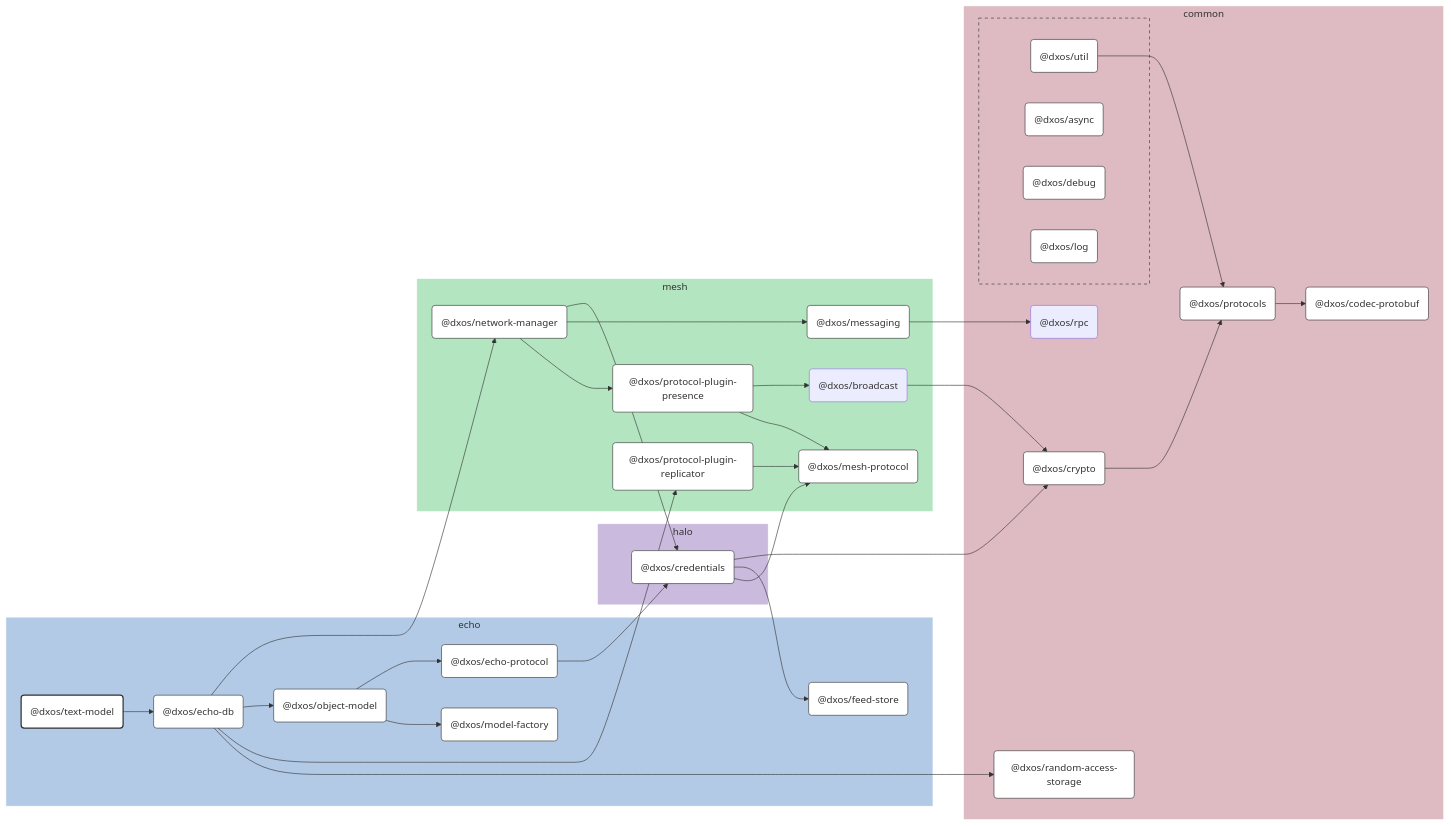
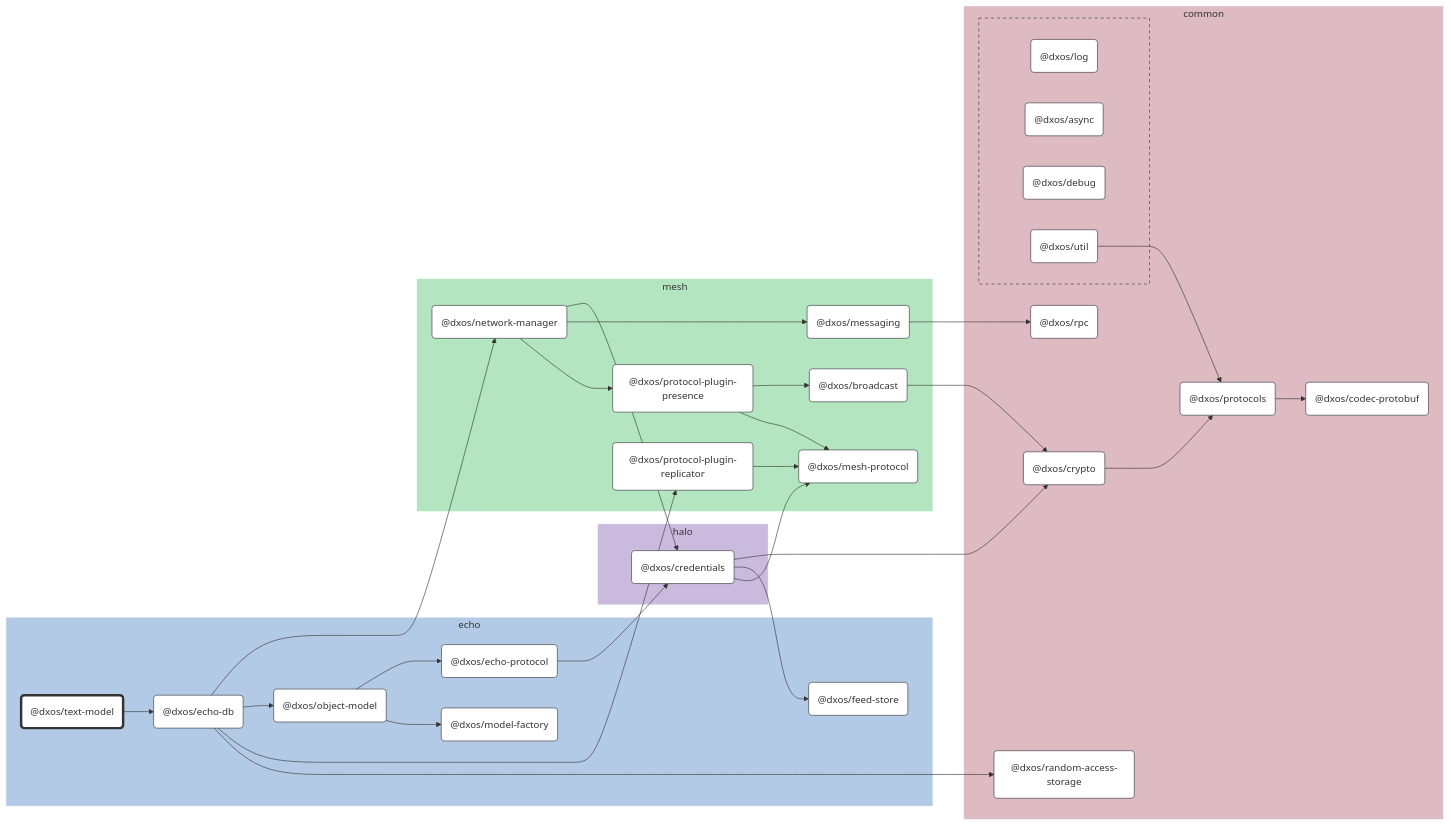
The diagram in packages/echo/text-model/docs/README.md (dxos/dxos), drawn with Mermaid before and after one commit. The commit also changed other lines of this file and 104 other files, not shown here.

````diff
--- a/packages/echo/text-model/docs/README.md
+++ b/packages/echo/text-model/docs/README.md
@@ -9,124 +9,98 @@
 
 flowchart LR
 
-%% Links
-dxos/broadcast --> dxos/crypto;
-dxos/credentials --> dxos/crypto;
-dxos/credentials --> dxos/feed-store;
-dxos/credentials --> dxos/mesh-protocol;
-dxos/crypto --> dxos/protocols;
-dxos/echo-db --> dxos/network-manager;
-dxos/echo-db --> dxos/object-model;
-dxos/echo-db --> dxos/protocol-plugin-replicator;
-dxos/echo-db --> dxos/random-access-storage;
-dxos/echo-protocol --> dxos/credentials;
-dxos/messaging --> dxos/rpc;
-dxos/network-manager --> dxos/credentials;
-dxos/network-manager --> dxos/messaging;
-dxos/network-manager --> dxos/protocol-plugin-presence;
-dxos/object-model --> dxos/echo-protocol;
-dxos/object-model --> dxos/model-factory;
-dxos/protocol-plugin-presence --> dxos/broadcast;
-dxos/protocol-plugin-presence --> dxos/mesh-protocol;
-dxos/protocol-plugin-replicator --> dxos/mesh-protocol;
-dxos/protocols --> dxos/codec-protobuf;
-dxos/text-model --> dxos/echo-db;
-dxos/util --> dxos/protocols;
+%% Classes
+classDef def fill:#fff,stroke:#333,stroke-width:1px
+classDef root fill:#fff,stroke:#333,stroke-width:4px
 
-%% Sections
-subgraph echo
-  style echo fill:#b3cae6,stroke:#fff;
+%% Nodes
 
-  dxos/echo-db("@dxos/echo-db")
-  dxos/echo-protocol("@dxos/echo-protocol")
-  dxos/feed-store("@dxos/feed-store")
-  dxos/model-factory("@dxos/model-factory")
-  dxos/object-model("@dxos/object-model")
-  dxos/text-model("@dxos/text-model")
+subgraph echo [echo]
+  style echo fill:#b3cae6,stroke:#fff
+  dxos/text-model("@dxos/text-model"):::root
+  click dxos/text-model "dxos/dxos/tree/main/packages/echo/text-model/docs"
+  dxos/echo-db("@dxos/echo-db"):::def
+  click dxos/echo-db "dxos/dxos/tree/main/packages/echo/echo-db/docs"
+  dxos/feed-store("@dxos/feed-store"):::def
+  click dxos/feed-store "dxos/dxos/tree/main/packages/echo/feed-store/docs"
+  dxos/echo-protocol("@dxos/echo-protocol"):::def
+  click dxos/echo-protocol "dxos/dxos/tree/main/packages/echo/echo-protocol/docs"
+  dxos/model-factory("@dxos/model-factory"):::def
+  click dxos/model-factory "dxos/dxos/tree/main/packages/echo/model-factory/docs"
+  dxos/object-model("@dxos/object-model"):::def
+  click dxos/object-model "dxos/dxos/tree/main/packages/echo/object-model/docs"
 end
 
-subgraph common
-  style common fill:#debac2,stroke:#fff;
-
-  dxos/codec-protobuf("@dxos/codec-protobuf")
-  dxos/crypto("@dxos/crypto")
-  dxos/protocols("@dxos/protocols")
-  dxos/random-access-storage("@dxos/random-access-storage")
-  dxos/rpc("@dxos/rpc")
+subgraph common [common]
+  style common fill:#debac2,stroke:#fff
+  dxos/codec-protobuf("@dxos/codec-protobuf"):::def
+  click dxos/codec-protobuf "dxos/dxos/tree/main/packages/common/codec-protobuf/docs"
+  dxos/crypto("@dxos/crypto"):::def
+  click dxos/crypto "dxos/dxos/tree/main/packages/common/crypto/docs"
+  dxos/protocols("@dxos/protocols"):::def
+  click dxos/protocols "dxos/dxos/tree/main/packages/common/protocols/docs"
+  dxos/rpc("@dxos/rpc"):::def
+  click dxos/rpc "dxos/dxos/tree/main/packages/common/rpc/docs"
+  dxos/random-access-storage("@dxos/random-access-storage"):::def
+  click dxos/random-access-storage "dxos/dxos/tree/main/packages/common/random-access-storage/docs"
 
   subgraph common-excluded [ ]
-    style common-excluded fill:#debac2,stroke:#333,stroke-dasharray:5 5;
-
-    dxos/async("@dxos/async")
-    dxos/debug("@dxos/debug")
-    dxos/log("@dxos/log")
-    dxos/util("@dxos/util")
+    style common-excluded fill:#debac2,stroke:#333,stroke-dasharray:5 5
+    dxos/log("@dxos/log"):::def
+    click dxos/log "dxos/dxos/tree/main/packages/common/log/docs"
+    dxos/async("@dxos/async"):::def
+    click dxos/async "dxos/dxos/tree/main/packages/common/async/docs"
+    dxos/debug("@dxos/debug"):::def
+    click dxos/debug "dxos/dxos/tree/main/packages/common/debug/docs"
+    dxos/util("@dxos/util"):::def
+    click dxos/util "dxos/dxos/tree/main/packages/common/util/docs"
   end
 end
 
-subgraph halo
-  style halo fill:#cabade,stroke:#fff;
-
-  dxos/credentials("@dxos/credentials")
+subgraph halo [halo]
+  style halo fill:#cabade,stroke:#fff
+  dxos/credentials("@dxos/credentials"):::def
+  click dxos/credentials "dxos/dxos/tree/main/packages/halo/credentials/docs"
 end
 
-subgraph mesh
-  style mesh fill:#b3e6c0,stroke:#fff;
-
-  dxos/broadcast("@dxos/broadcast")
-  dxos/mesh-protocol("@dxos/mesh-protocol")
-  dxos/messaging("@dxos/messaging")
-  dxos/network-manager("@dxos/network-manager")
-  dxos/protocol-plugin-presence("@dxos/protocol-plugin-presence")
-  dxos/protocol-plugin-replicator("@dxos/protocol-plugin-replicator")
+subgraph mesh [mesh]
+  style mesh fill:#b3e6c0,stroke:#fff
+  dxos/mesh-protocol("@dxos/mesh-protocol"):::def
+  click dxos/mesh-protocol "dxos/dxos/tree/main/packages/mesh/mesh-protocol/docs"
+  dxos/messaging("@dxos/messaging"):::def
+  click dxos/messaging "dxos/dxos/tree/main/packages/mesh/messaging/docs"
+  dxos/network-manager("@dxos/network-manager"):::def
+  click dxos/network-manager "dxos/dxos/tree/main/packages/mesh/network-manager/docs"
+  dxos/protocol-plugin-presence("@dxos/protocol-plugin-presence"):::def
+  click dxos/protocol-plugin-presence "dxos/dxos/tree/main/packages/mesh/protocol-plugin-presence/docs"
+  dxos/broadcast("@dxos/broadcast"):::def
+  click dxos/broadcast "dxos/dxos/tree/main/packages/mesh/broadcast/docs"
+  dxos/protocol-plugin-replicator("@dxos/protocol-plugin-replicator"):::def
+  click dxos/protocol-plugin-replicator "dxos/dxos/tree/main/packages/mesh/protocol-plugin-replicator/docs"
 end
 
-
-%% Hyperlinks
-click dxos/async "dxos/dxos/tree/main/packages/common/async/docs";
-click dxos/codec-protobuf "dxos/dxos/tree/main/packages/common/codec-protobuf/docs";
-click dxos/credentials "dxos/dxos/tree/main/packages/halo/credentials/docs";
-click dxos/crypto "dxos/dxos/tree/main/packages/common/crypto/docs";
-click dxos/debug "dxos/dxos/tree/main/packages/common/debug/docs";
-click dxos/echo-db "dxos/dxos/tree/main/packages/echo/echo-db/docs";
-click dxos/echo-protocol "dxos/dxos/tree/main/packages/echo/echo-protocol/docs";
-click dxos/feed-store "dxos/dxos/tree/main/packages/echo/feed-store/docs";
-click dxos/log "dxos/dxos/tree/main/packages/common/log/docs";
-click dxos/mesh-protocol "dxos/dxos/tree/main/packages/mesh/mesh-protocol/docs";
-click dxos/messaging "dxos/dxos/tree/main/packages/mesh/messaging/docs";
-click dxos/model-factory "dxos/dxos/tree/main/packages/echo/model-factory/docs";
-click dxos/network-manager "dxos/dxos/tree/main/packages/mesh/network-manager/docs";
-click dxos/object-model "dxos/dxos/tree/main/packages/echo/object-model/docs";
-click dxos/protocol-plugin-presence "dxos/dxos/tree/main/packages/mesh/protocol-plugin-presence/docs";
-click dxos/protocol-plugin-replicator "dxos/dxos/tree/main/packages/mesh/protocol-plugin-replicator/docs";
-click dxos/protocols "dxos/dxos/tree/main/packages/common/protocols/docs";
-click dxos/random-access-storage "dxos/dxos/tree/main/packages/common/random-access-storage/docs";
-click dxos/util "dxos/dxos/tree/main/packages/common/util/docs";
-
-%% Styles
-classDef rootNode fill:#fff,stroke:#333,stroke-width:2px
-classDef defaultNode fill:#fff,stroke:#333,stroke-width:1px
+%% Links
 linkStyle default stroke:#333,stroke-width:1px
-
-dxos/text-model:::rootNode
-
-dxos/async:::defaultNode
-dxos/codec-protobuf:::defaultNode
-dxos/credentials:::defaultNode
-dxos/crypto:::defaultNode
-dxos/debug:::defaultNode
-dxos/echo-db:::defaultNode
-dxos/echo-protocol:::defaultNode
-dxos/feed-store:::defaultNode
-dxos/log:::defaultNode
-dxos/mesh-protocol:::defaultNode
-dxos/messaging:::defaultNode
-dxos/model-factory:::defaultNode
-dxos/network-manager:::defaultNode
-dxos/object-model:::defaultNode
-dxos/protocol-plugin-presence:::defaultNode
-dxos/protocol-plugin-replicator:::defaultNode
-dxos/protocols:::defaultNode
-dxos/random-access-storage:::defaultNode
-dxos/util:::defaultNode
+dxos/text-model --> dxos/echo-db
+dxos/credentials --> dxos/crypto
+dxos/crypto --> dxos/protocols
+dxos/protocols --> dxos/codec-protobuf
+dxos/credentials --> dxos/feed-store
+dxos/util --> dxos/protocols
+dxos/credentials --> dxos/mesh-protocol
+dxos/echo-protocol --> dxos/credentials
+dxos/messaging --> dxos/rpc
+dxos/echo-db --> dxos/network-manager
+dxos/network-manager --> dxos/credentials
+dxos/network-manager --> dxos/messaging
+dxos/network-manager --> dxos/protocol-plugin-presence
+dxos/protocol-plugin-presence --> dxos/broadcast
+dxos/broadcast --> dxos/crypto
+dxos/protocol-plugin-presence --> dxos/mesh-protocol
+dxos/echo-db --> dxos/object-model
+dxos/object-model --> dxos/echo-protocol
+dxos/object-model --> dxos/model-factory
+dxos/echo-db --> dxos/protocol-plugin-replicator
+dxos/protocol-plugin-replicator --> dxos/mesh-protocol
+dxos/echo-db --> dxos/random-access-storage
 ```
````
